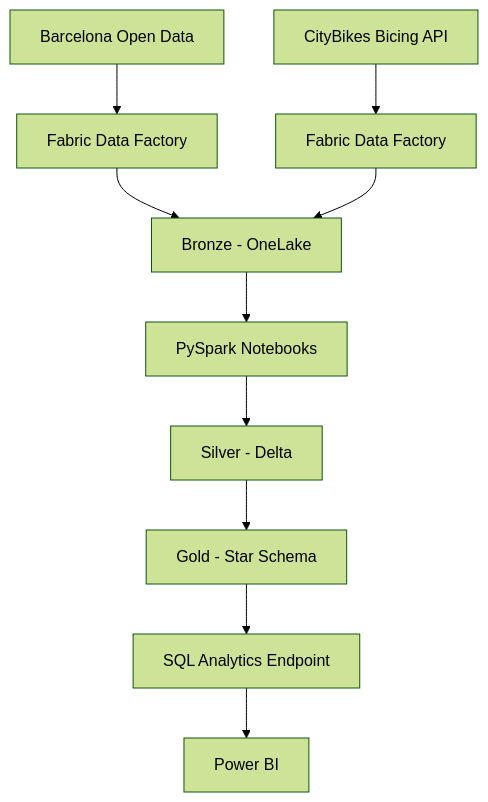
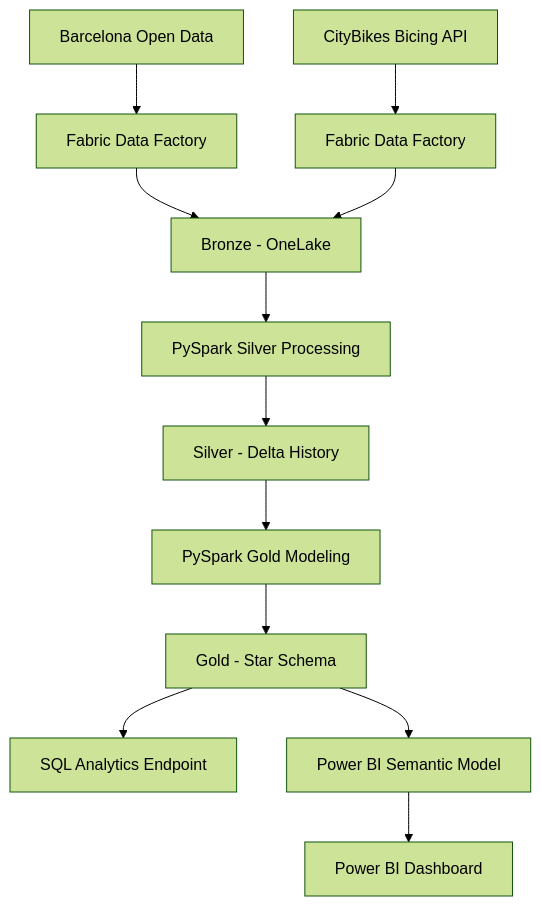
One commit to leninfonseca/barcelona-urban-mobility-data-platform changed the first of 2 diagrams in architecture/README.md. Above: the diagram before and after it, drawn with Mermaid (forest theme). The commit also changed other lines of this file and 8 other files, not shown here.

````diff
--- a/architecture/README.md
+++ b/architecture/README.md
@@ -5,12 +5,19 @@
 ```mermaid
 flowchart TD
     A1[Barcelona Open Data] --> B1[Fabric Data Factory]
     A2[CityBikes Bicing API] --> B2[Fabric Data Factory]
+
     B1 --> C[Bronze - OneLake]
     B2 --> C
-    C --> D[PySpark Notebooks]
-    D --> E[Silver - Delta]
-    E --> F[Gold - Star Schema]
-    F --> G[SQL Analytics Endpoint]
-    G --> H[Power BI]
+
+    C --> D[PySpark Silver Processing]
+    D --> E[Silver - Delta History]
+
+    E --> F[PySpark Gold Modeling]
+    F --> G[Gold - Star Schema]
+
+    G --> H[SQL Analytics Endpoint]
+    G --> I[Power BI Semantic Model]
+
+    I --> J[Power BI Dashboard]
 ```
````
